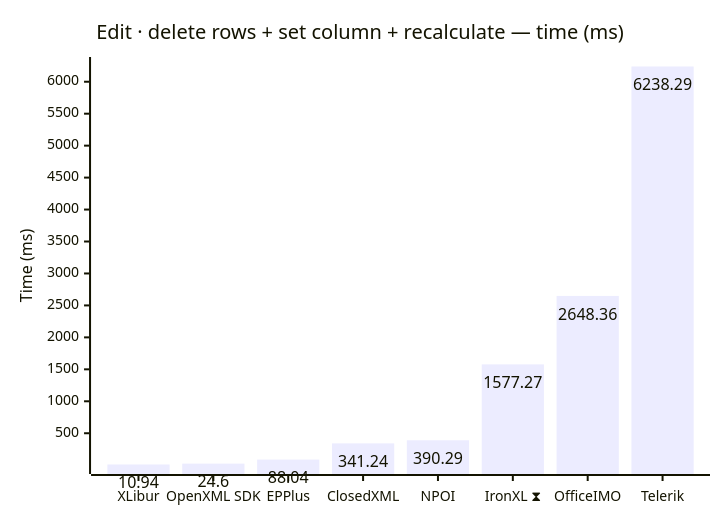
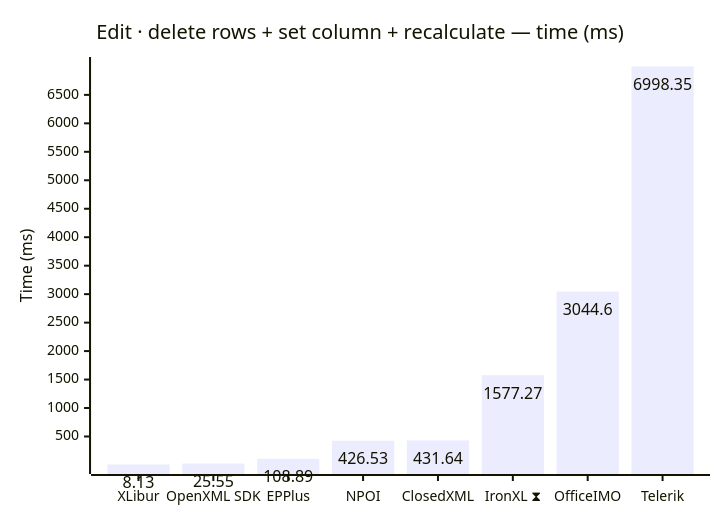
One commit to jafin/XLBench changed the ninth of 12 diagrams in docs/results.md. Above: the diagram before and after it, drawn with Mermaid. The commit also changed other lines of this file and 4 other files, not shown here.

First line of the commit message:
Bump XLibur to 0.630.1-rc.18, IronXL to 2026.10.1, OfficeIMO to 3.4.4 (#42)

````diff
--- a/docs/results.md
+++ b/docs/results.md
@@ -146,12 +146,12 @@
 ```mermaid
 ---
 config:
   xyChart:
     showDataLabel: true
 ---
 xychart-beta
     title "Edit · delete rows + set column + recalculate — time (ms)"
-    x-axis ["XLibur", "OpenXML SDK", "EPPlus", "ClosedXML", "NPOI", "IronXL ⧗", "OfficeIMO", "Telerik"]
+    x-axis ["XLibur", "OpenXML SDK", "EPPlus", "NPOI", "ClosedXML", "IronXL ⧗", "OfficeIMO", "Telerik"]
     y-axis "Time (ms)"
-    bar [10.94, 24.6, 88.04, 341.24, 390.29, 1577.27, 2648.36, 6238.29]
+    bar [8.13, 25.55, 108.89, 426.53, 431.64, 1577.27, 3044.6, 6998.35]
 ```
````
